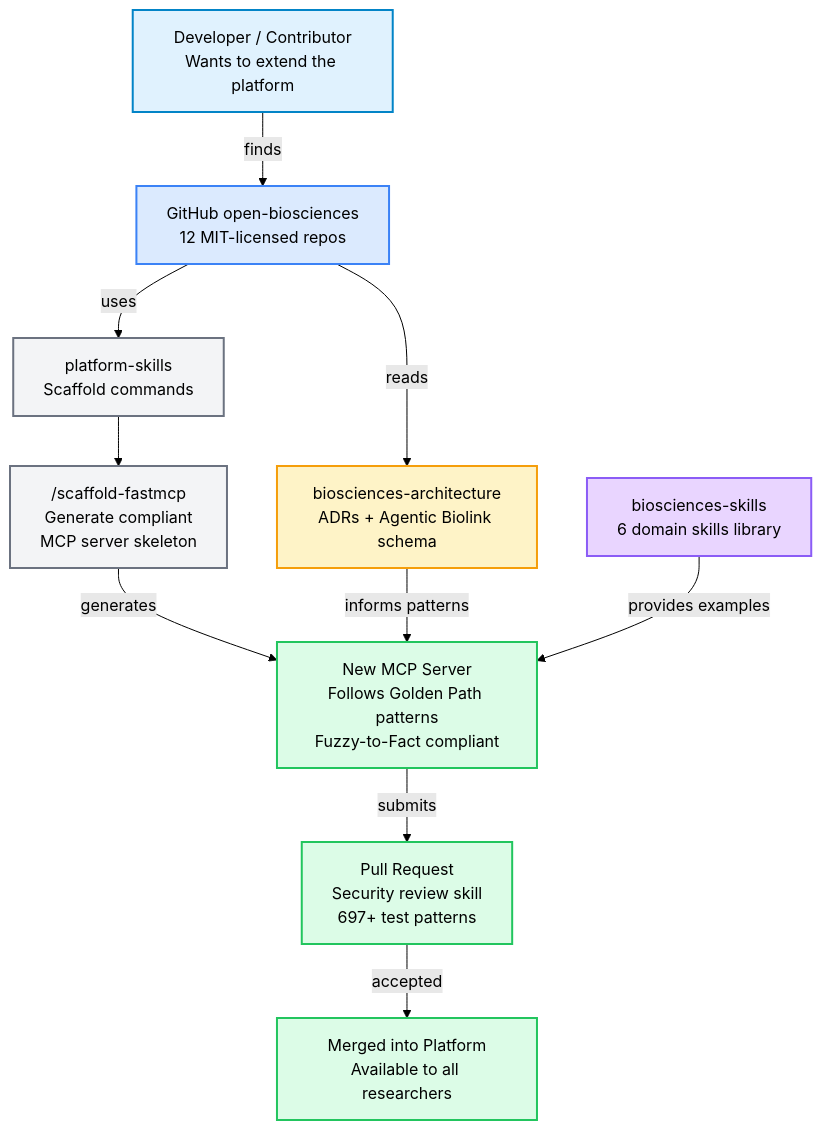
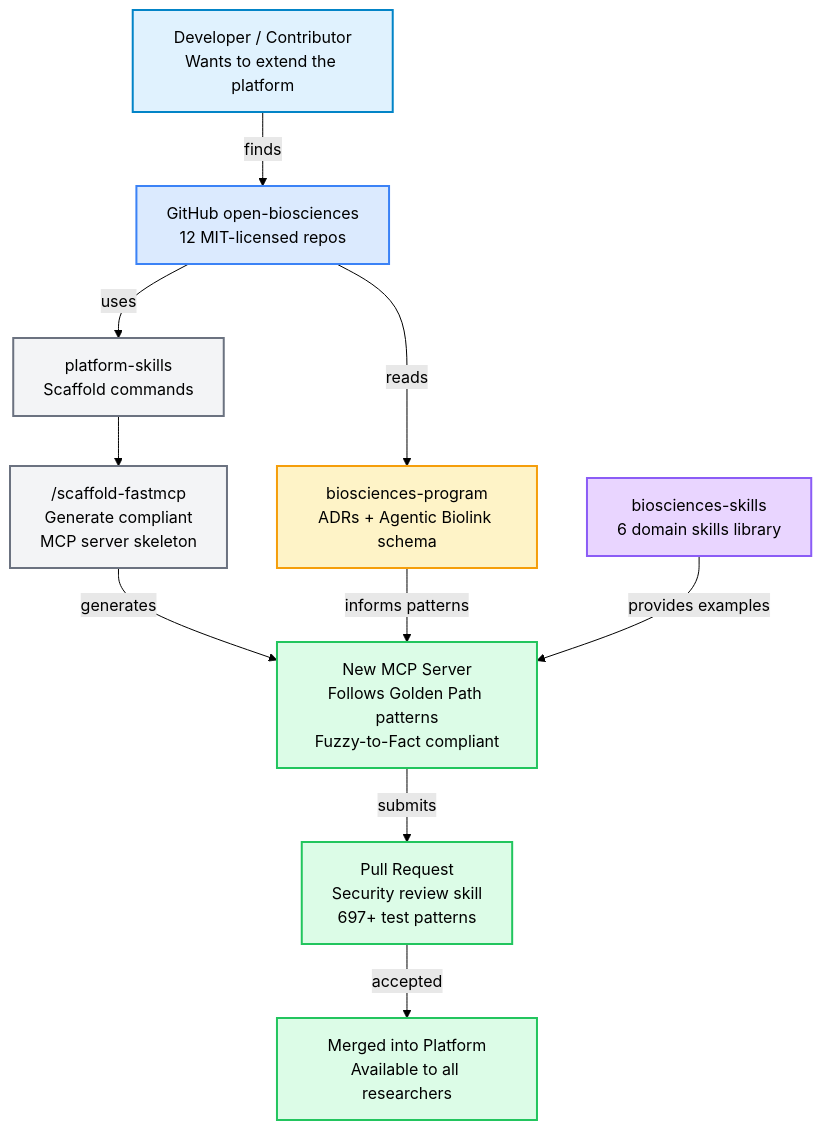
One commit to open-biosciences/biosciences-program changed the second of 2 diagrams in docs/diagrams/ecosystem-positioning.md. Above: the diagram before and after it, drawn with Mermaid (forest theme). The commit also changed 2 other files, not shown here.

Commit message:
fix: update diagrams to reflect governance consolidation
- repo-dependency-graph: biosciences-program is now root provider
  (ADRs, specs, SpecKit), not biosciences-architecture. Add dependency
  edges from program to mcp, memory, deep, temporal.
- agent-ownership-map: Agent 2 (Platform Architect) now owns both
  biosciences-architecture and biosciences-program.
- ecosystem-positioning: ADR source is biosciences-program, not
  biosciences-architecture.

````diff
--- a/docs/diagrams/ecosystem-positioning.md
+++ b/docs/diagrams/ecosystem-positioning.md
@@ -51,32 +51,32 @@
 ```mermaid
 flowchart TD
     D["Developer / Contributor<br/>Wants to extend the platform"]
     GH["GitHub open-biosciences<br/>12 MIT-licensed repos"]
     PS["platform-skills<br/>Scaffold commands"]
     SC["/scaffold-fastmcp<br/>Generate compliant<br/>MCP server skeleton"]
-    ADR["biosciences-architecture<br/>ADRs + Agentic Biolink schema"]
+    ADR["biosciences-program<br/>ADRs + Agentic Biolink schema"]
     SK["biosciences-skills<br/>6 domain skills library"]
     NEW["New MCP Server<br/>Follows Golden Path patterns<br/>Fuzzy-to-Fact compliant"]
     PR["Pull Request<br/>Security review skill<br/>697+ test patterns"]
     MERGE["Merged into Platform<br/>Available to all researchers"]
 
     D -->|finds| GH
     GH -->|reads| ADR
     GH -->|uses| PS
     PS --> SC
     SC -->|generates| NEW
     ADR -->|"informs patterns"| NEW
     SK -->|"provides examples"| NEW
     NEW -->|submits| PR
     PR -->|accepted| MERGE
 
     style D fill:#e0f2fe,stroke:#0284c7,stroke-width:2px
     style GH fill:#dbeafe,stroke:#3b82f6,stroke-width:2px
     style PS fill:#f3f4f6,stroke:#6b7280,stroke-width:2px
     style SC fill:#f3f4f6,stroke:#6b7280,stroke-width:2px
     style ADR fill:#fef3c7,stroke:#f59e0b,stroke-width:2px
     style SK fill:#e9d5ff,stroke:#8b5cf6,stroke-width:2px
     style NEW fill:#dcfce7,stroke:#22c55e,stroke-width:2px
     style PR fill:#dcfce7,stroke:#22c55e,stroke-width:2px
     style MERGE fill:#dcfce7,stroke:#22c55e,stroke-width:2px
 ```
````
